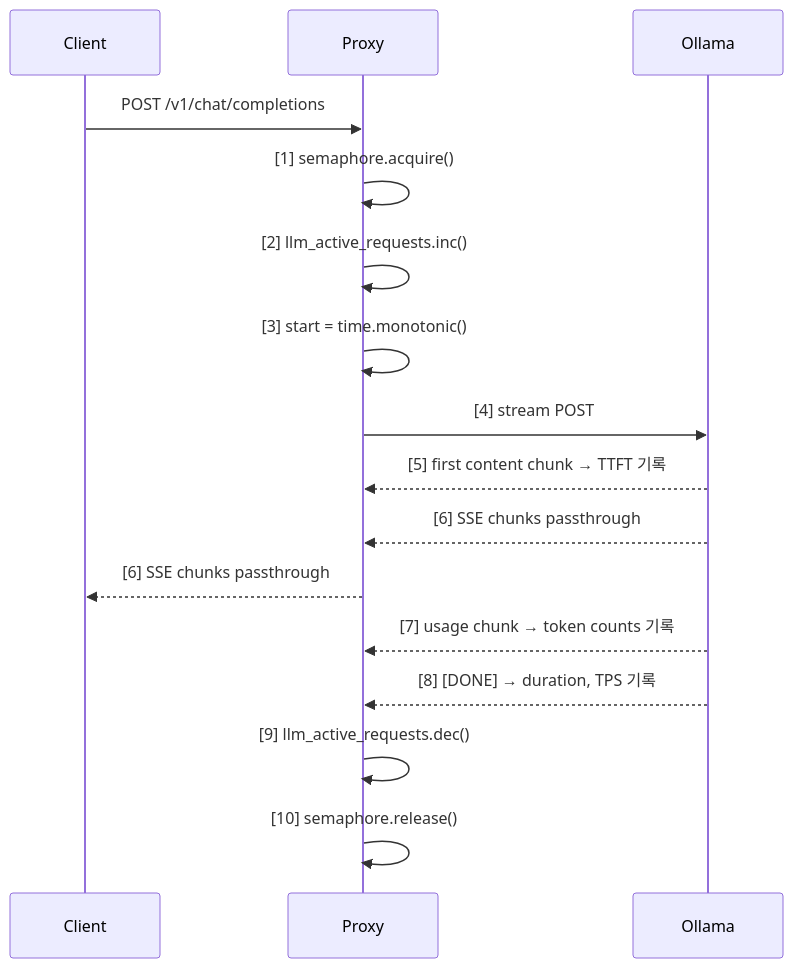
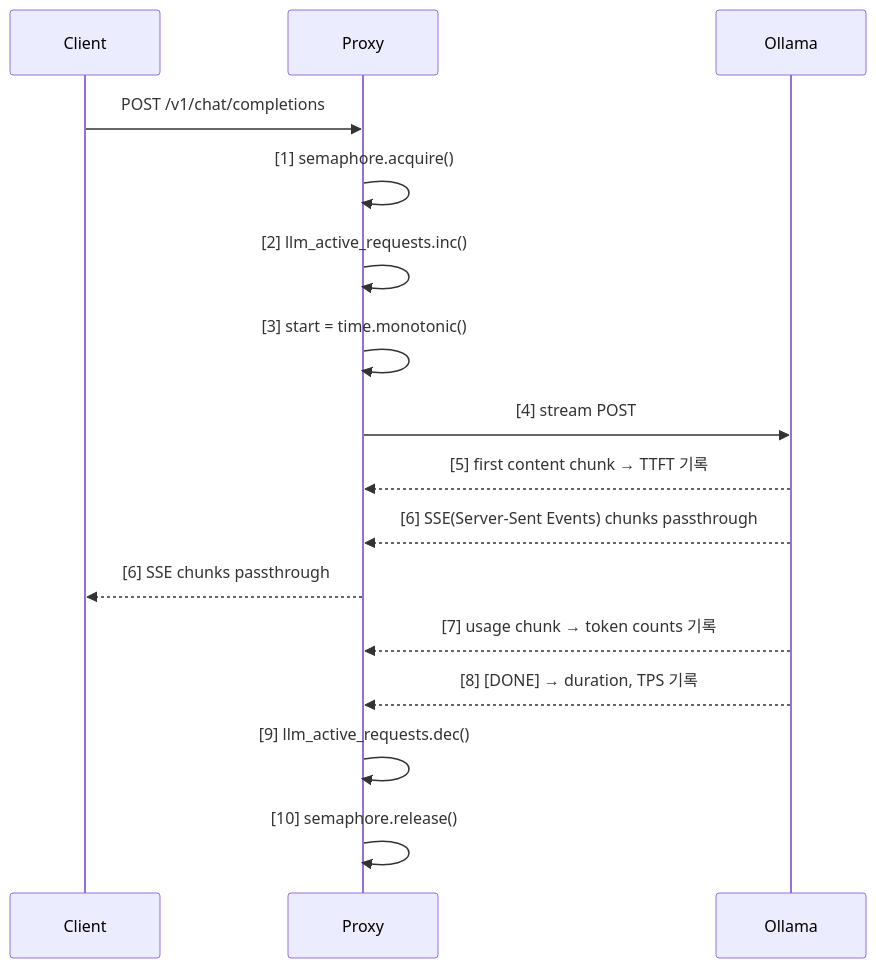
The second of 4 diagrams in docs/design.md (DvwN-Lee/obLLMa), drawn with Mermaid before and after one commit. The commit also changed other lines of this file and 6 other files, not shown here.

````diff
--- a/docs/design.md
+++ b/docs/design.md
@@ -44,19 +44,19 @@
 ```mermaid
 sequenceDiagram
     participant C as Client
     participant P as Proxy
     participant O as Ollama
 
     C->>P: POST /v1/chat/completions
     P->>P: [1] semaphore.acquire()
     P->>P: [2] llm_active_requests.inc()
     P->>P: [3] start = time.monotonic()
     P->>O: [4] stream POST
     O-->>P: [5] first content chunk → TTFT 기록
-    O-->>P: [6] SSE chunks passthrough
+    O-->>P: [6] SSE(Server-Sent Events) chunks passthrough
     P-->>C: [6] SSE chunks passthrough
     O-->>P: [7] usage chunk → token counts 기록
     O-->>P: [8] [DONE] → duration, TPS 기록
     P->>P: [9] llm_active_requests.dec()
     P->>P: [10] semaphore.release()
 ```
````
